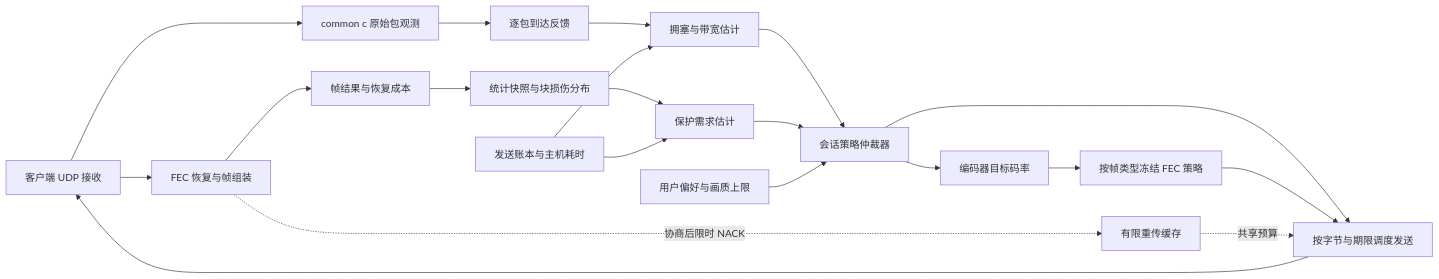
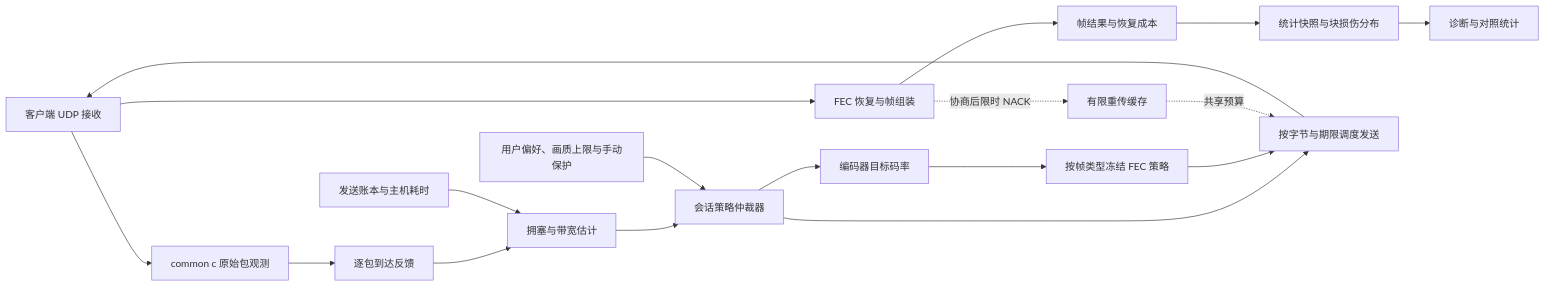
Before and after one commit to AlkaidLab/foundation-sunshine: the diagram in docs/adaptive-fec-design.zh-CN.md, drawn with Mermaid. The commit also changed other lines of this file and 2 other files, not shown here.

````diff
--- a/docs/adaptive-fec-design.zh-CN.md
+++ b/docs/adaptive-fec-design.zh-CN.md
@@ -62,22 +62,20 @@
 ```mermaid
 flowchart LR
     RX[客户端 UDP 接收] --> RAW[common c 原始包观测]
     RX --> FEC[FEC 恢复与帧组装]
     FEC --> OUT[帧结果与恢复成本]
     RAW --> FAST[逐包到达反馈]
     FAST --> CC[拥塞与带宽估计]
     OUT --> SLOW[统计快照与块损伤分布]
-    SLOW --> PROTECT[保护需求估计]
+    SLOW --> DISPLAY[诊断与对照统计]
     HOST[发送账本与主机耗时] --> CC
-    HOST --> PROTECT
     CC --> PLAN[会话策略仲裁器]
-    PROTECT --> PLAN
-    Q[用户偏好与画质上限] --> PLAN
+    Q[用户偏好、画质上限与手动保护] --> PLAN
     PLAN --> ENC[编码器目标码率]
     ENC --> PKT[按帧类型冻结 FEC 策略]
     PLAN --> PACE[按字节与期限调度发送]
     PKT --> PACE
     FEC -. 协商后限时 NACK .-> RTX[有限重传缓存]
     RTX -. 共享预算 .-> PACE
     PACE --> RX
 ```
````
